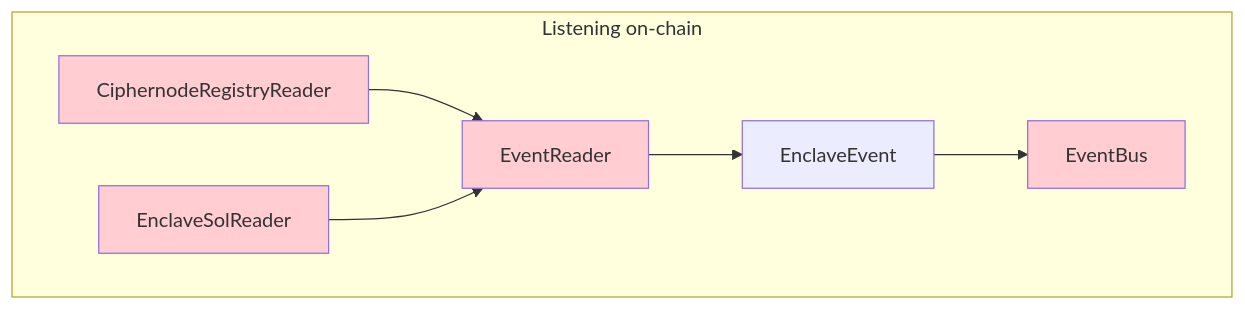
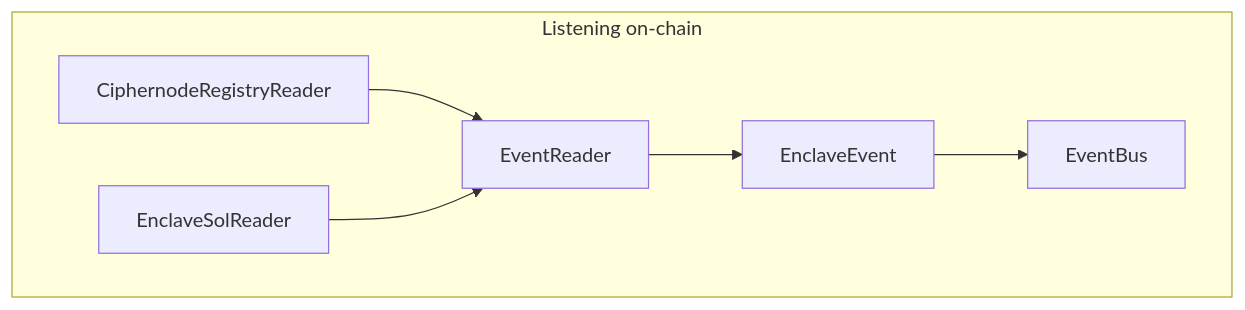
Before and after one commit to gnosisguild/enclave: the first of 2 diagrams in crates/evm/EvmSystem.md, drawn with Mermaid. The commit also changed other lines of this file and 7 other files, not shown here.

````diff
--- a/crates/evm/EvmSystem.md
+++ b/crates/evm/EvmSystem.md
@@ -10,31 +10,26 @@
 ```mermaid
 flowchart TB
     subgraph evm["Listening on-chain"]
 		EB["EventBus"]
         ESR["EnclaveSolReader"]
         ER["EventReader"]
         EE["EnclaveEvent"]
         CRR["CiphernodeRegistryReader"]
     end
 	CRR --> ER
 	ESR --> ER
 	ER --> EE
 	EE --> EB
 
     ESR:::internal-link
     ER:::internal-link
     CRR:::internal-link
     EB:::internal-link
     EE:::internal-link
 
-	style ESR fill:#FFCDD2
-	style ER fill:#FFCDD2
-	style CRR fill:#FFCDD2
-	style EB fill:#FFCDD2
-
     click ESR "http://github.com/gnosisguild/enclave/tree/main/crates/evm/docs/EnclaveSolReader.md"
     click ER "http://github.com/gnosisguild/enclave/tree/main/crates/evm/docs/EventReader.md"
     click CRR "http://github.com/gnosisguild/enclave/tree/main/crates/evm/docs/CiphernodeRegistryReader.md"
     click EB "http://github.com/gnosisguild/enclave/tree/main/crates/events/docs/EventBus.md"
     click EE "http://github.com/gnosisguild/enclave/tree/main/crates/events/docs/EnclaveEvent.md"
 ```
````
